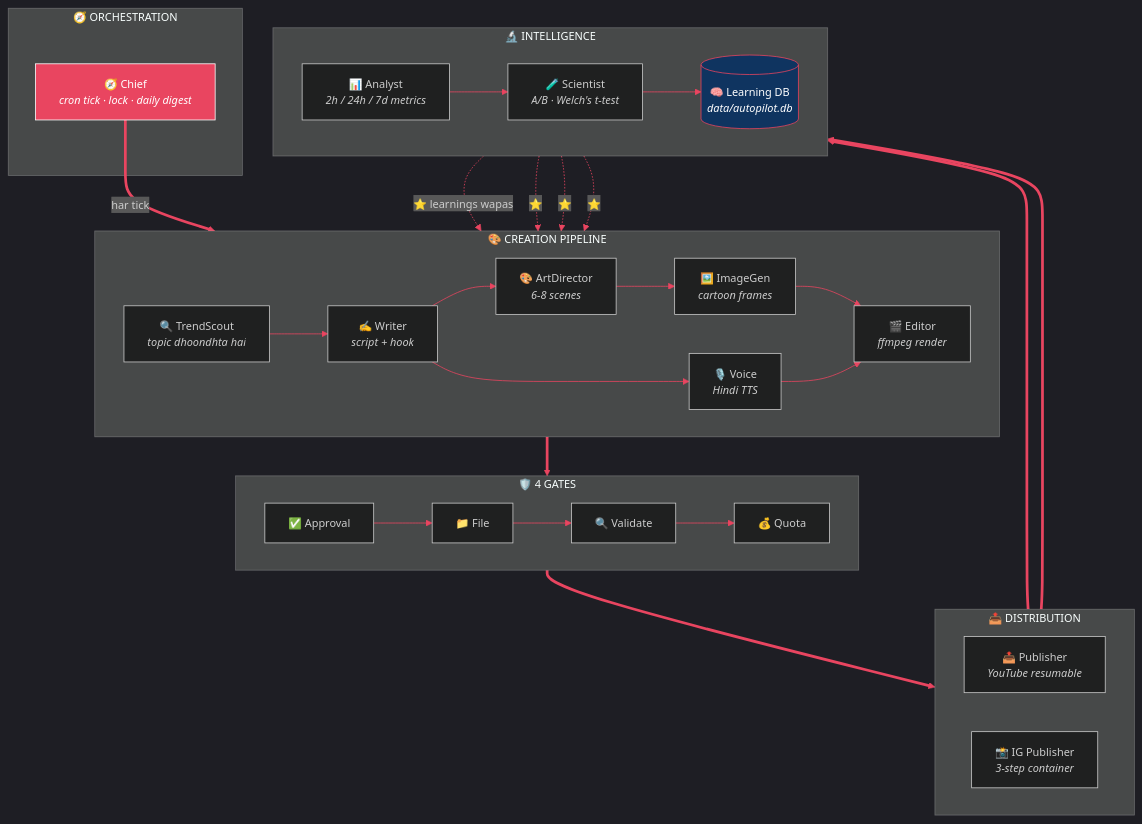
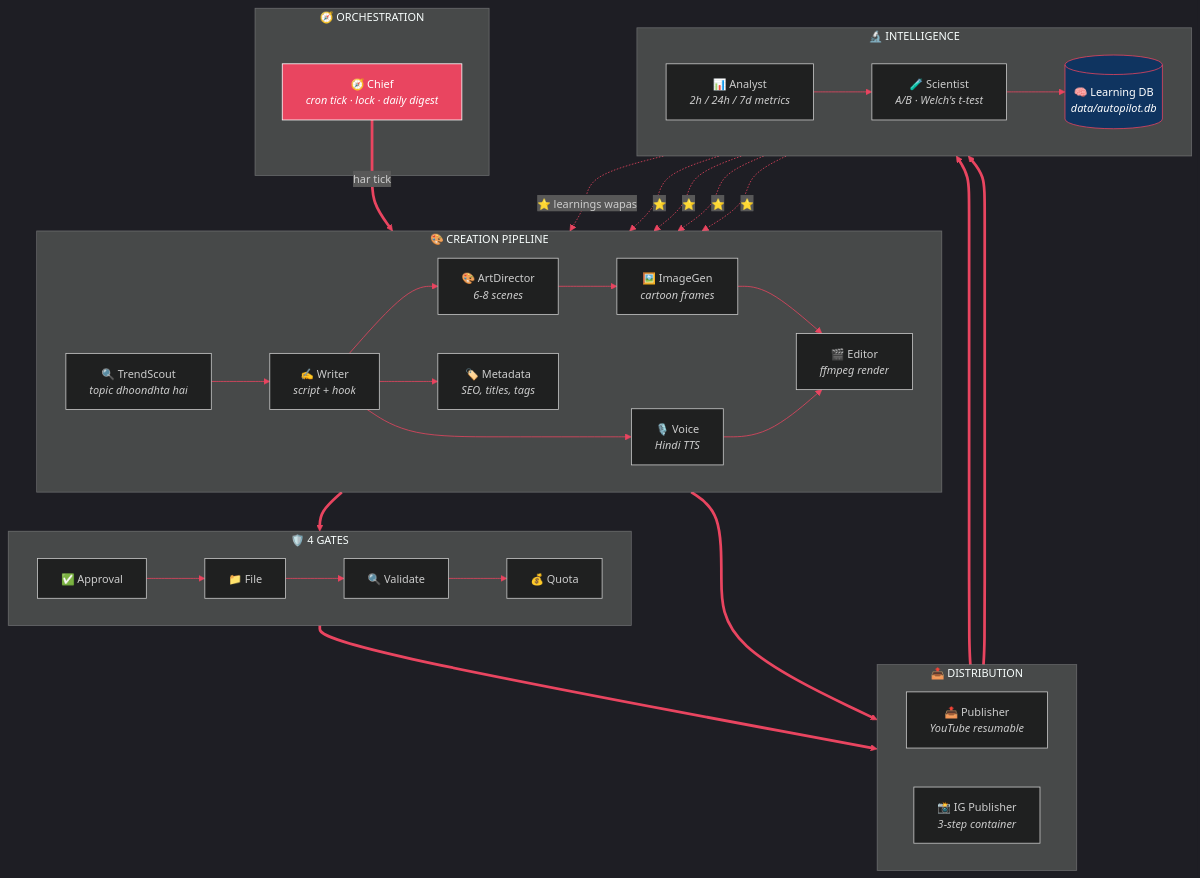
One commit to Abhay73888/autopilot changed the first of 4 diagrams in README.md. Above: the diagram before and after it, drawn with Mermaid. The commit also changed other lines of this file and 15 other files, not shown here.

````diff
--- a/README.md
+++ b/README.md
@@ -64,51 +68,55 @@
 ```mermaid
 %%{init: {'theme':'dark', 'themeVariables': {'primaryColor':'#1a1a2e','primaryTextColor':'#eee','lineColor':'#e94560','fontSize':'14px'}}}%%
 flowchart TB
     subgraph BRAIN["🧭 ORCHESTRATION"]
         CHIEF["🧭 Chief<br/><i>cron tick · lock · daily digest</i>"]
     end
 
     subgraph CREATE["🎨 CREATION PIPELINE"]
         direction LR
         TS["🔍 TrendScout<br/><i>topic dhoondhta hai</i>"]
         WR["✍️ Writer<br/><i>script + hook</i>"]
+        MD["🏷️ Metadata<br/><i>SEO, titles, tags</i>"]
         AD["🎨 ArtDirector<br/><i>6-8 scenes</i>"]
         IG["🖼️ ImageGen<br/><i>cartoon frames</i>"]
         VO["🎙️ Voice<br/><i>Hindi TTS</i>"]
         ED["🎬 Editor<br/><i>ffmpeg render</i>"]
         TS --> WR --> AD --> IG --> ED
+        WR --> MD
         WR --> VO --> ED
     end
 
     subgraph GATE["🛡️ 4 GATES"]
         direction LR
         G1["✅ Approval"] --> G2["📁 File"] --> G3["🔍 Validate"] --> G4["💰 Quota"]
     end
 
     subgraph PUBLISH["📤 DISTRIBUTION"]
         direction LR
         PUB["📤 Publisher<br/><i>YouTube resumable</i>"]
         IGP["📸 IG Publisher<br/><i>3-step container</i>"]
     end
 
     subgraph LEARN["🔬 INTELLIGENCE"]
         direction LR
         AN["📊 Analyst<br/><i>2h / 24h / 7d metrics</i>"]
         SC["🧪 Scientist<br/><i>A/B · Welch's t-test</i>"]
         DB[("🧠 Learning DB<br/><i>data/autopilot.db</i>")]
         AN --> SC --> DB
     end
 
     CHIEF ==>|"har tick"| CREATE
     ED ==> GATE
+    MD ==> PUBLISH
     G4 ==> PUBLISH
     PUB ==> AN
     IGP ==> AN
     DB -.->|"⭐ learnings wapas"| WR
     DB -.->|"⭐"| VO
     DB -.->|"⭐"| AD
     DB -.->|"⭐"| TS
+    DB -.->|"⭐"| MD
 
     style CHIEF fill:#e94560,stroke:#fff,color:#fff
     style DB fill:#0f3460,stroke:#e94560,color:#fff
 ```
````
